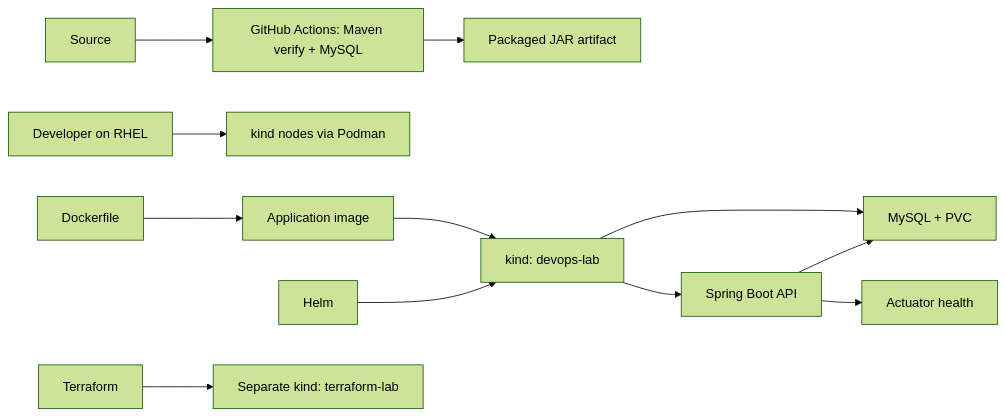
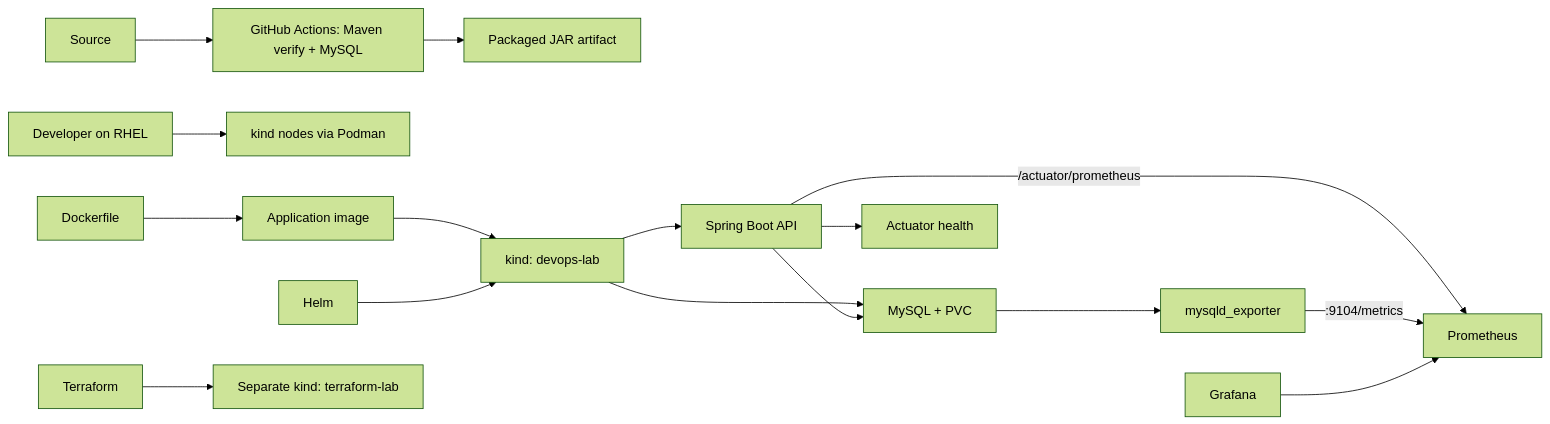
The diagram in README.md (DaudCloud-sudo/crewmeister-devops-challenge), drawn with Mermaid (forest theme) before and after one commit. The commit also changed other lines of this file and 15 other files, not shown here.

````diff
--- a/README.md
+++ b/README.md
@@ -5,14 +5,18 @@
 ```mermaid
 flowchart LR
   Source --> Maven[GitHub Actions: Maven verify + MySQL]
   Maven --> Jar[Packaged JAR artifact]
   Local[Developer on RHEL] --> Podman[kind nodes via Podman]
   Dockerfile --> Image[Application image]
   Image --> Devops[kind: devops-lab]
   Helm --> Devops
   Devops --> App[Spring Boot API]
   Devops --> MySQL[MySQL + PVC]
   App --> MySQL
   App --> Health[Actuator health]
+  App -->|/actuator/prometheus| Prometheus
+  MySQL --> Exporter[mysqld_exporter]
+  Exporter -->|:9104/metrics| Prometheus
+  Grafana --> Prometheus
   Terraform --> TerraformLab[Separate kind: terraform-lab]
 ```
````
